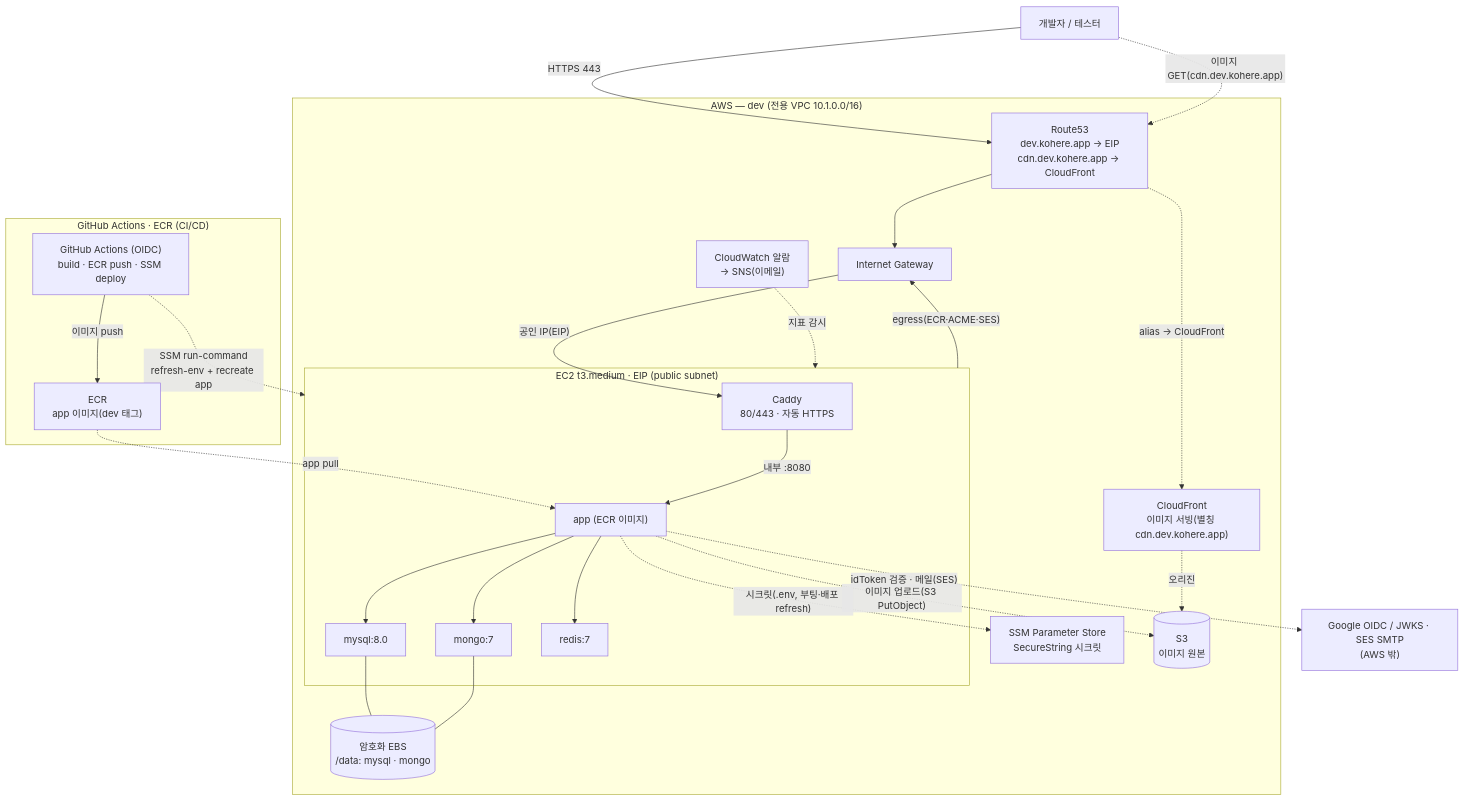
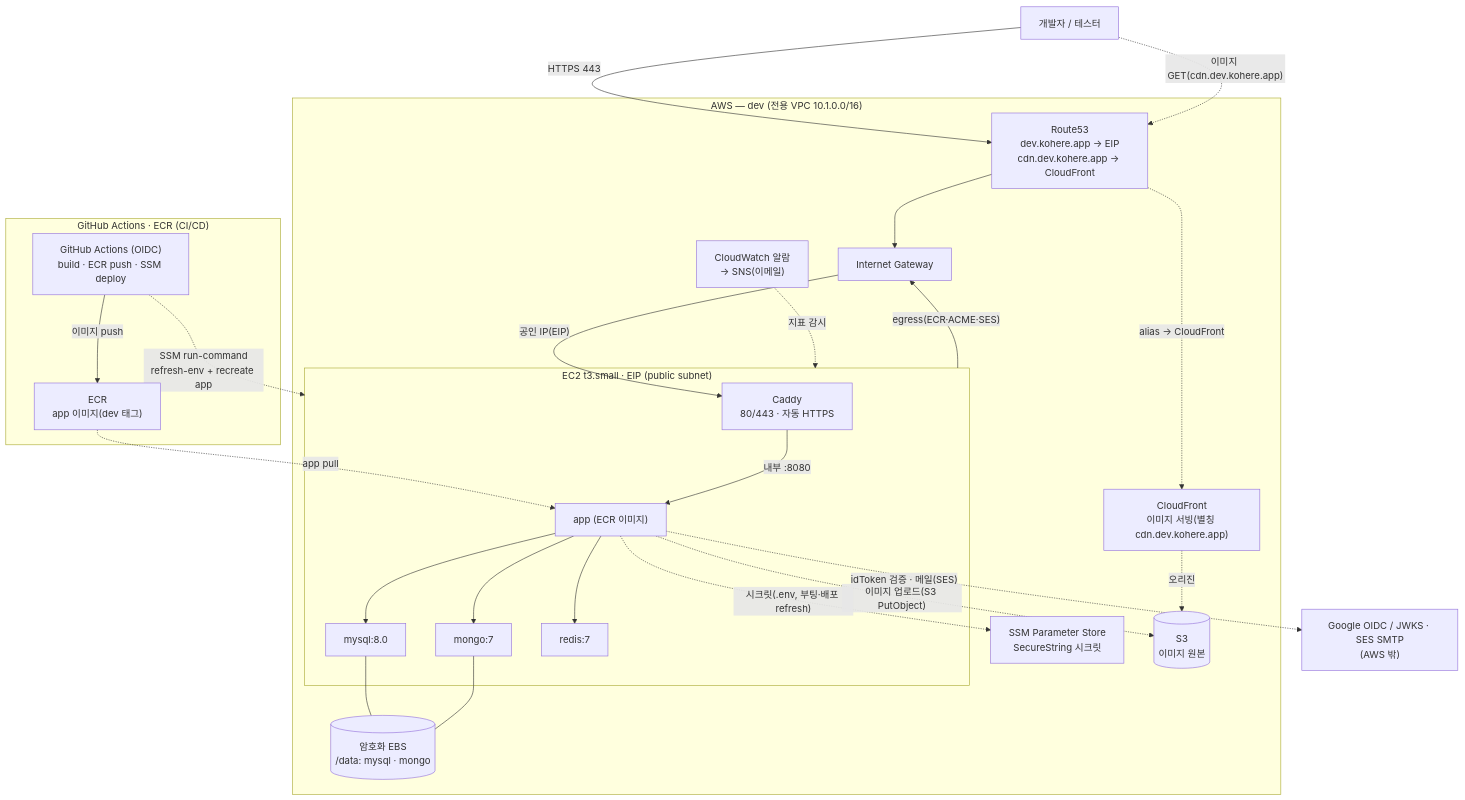
One commit to jameskim9509/Kohere-backend changed the fifth of 5 diagrams in docs/architecture/system-overview.md. Above: the diagram before and after it, drawn with Mermaid. The commit also changed other lines of this file and 10 other files, not shown here.

````diff
--- a/docs/architecture/system-overview.md
+++ b/docs/architecture/system-overview.md
@@ -247,48 +247,48 @@
 ```mermaid
 flowchart TB
     DEV["개발자 / 테스터"]
     EXT["Google OIDC / JWKS · SES SMTP<br/>(AWS 밖)"]
 
     subgraph CICD["GitHub Actions · ECR (CI/CD)"]
       GHA["GitHub Actions (OIDC)<br/>build · ECR push · SSM deploy"]
       ECR["ECR<br/>app 이미지(dev 태그)"]
     end
 
     subgraph AWS["AWS — dev (전용 VPC 10.1.0.0/16)"]
       R53["Route53<br/>dev.kohere.app → EIP<br/>cdn.dev.kohere.app → CloudFront"]
       SSM["SSM Parameter Store<br/>SecureString 시크릿"]
       CF["CloudFront<br/>이미지 서빙(별칭 cdn.dev.kohere.app)"]
       S3IMG[("S3<br/>이미지 원본")]
       CW["CloudWatch 알람<br/>→ SNS(이메일)"]
       IGW["Internet Gateway"]
-      subgraph EC2["EC2 t3.medium · EIP (public subnet)"]
+      subgraph EC2["EC2 t3.small · EIP (public subnet)"]
         CADDY["Caddy<br/>80/443 · 자동 HTTPS"]
         APP["app (ECR 이미지)"]
         MYSQL["mysql:8.0"]
         MONGO["mongo:7"]
         REDIS["redis:7"]
       end
       EBS[("암호화 EBS<br/>/data: mysql · mongo")]
     end
 
     GHA -- "이미지 push" --> ECR
     GHA -. "SSM run-command<br/>refresh-env + recreate app" .-> EC2
     ECR -. "app pull" .-> APP
     CW -. "지표 감시" .-> EC2
     DEV -- "HTTPS 443" --> R53
     R53 --> IGW
     IGW -- "공인 IP(EIP)" --> CADDY
     EC2 -- "egress(ECR·ACME·SES)" --> IGW
     CADDY -- "내부 :8080" --> APP
     APP --> MYSQL
     APP --> MONGO
     APP --> REDIS
     MYSQL --- EBS
     MONGO --- EBS
     APP -. "이미지 업로드(S3 PutObject)" .-> S3IMG
     CF -. "오리진" .-> S3IMG
     DEV -. "이미지 GET(cdn.dev.kohere.app)" .-> R53
     R53 -. "alias → CloudFront" .-> CF
     APP -. "시크릿(.env, 부팅·배포 refresh)" .-> SSM
     APP -. "idToken 검증 · 메일(SES)" .-> EXT
 ```
````
